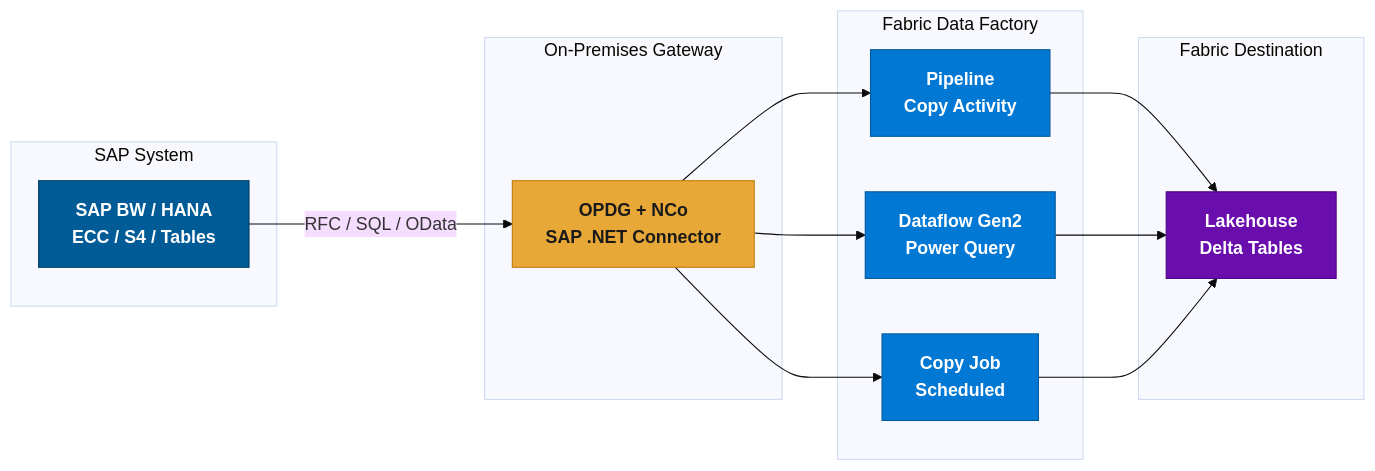
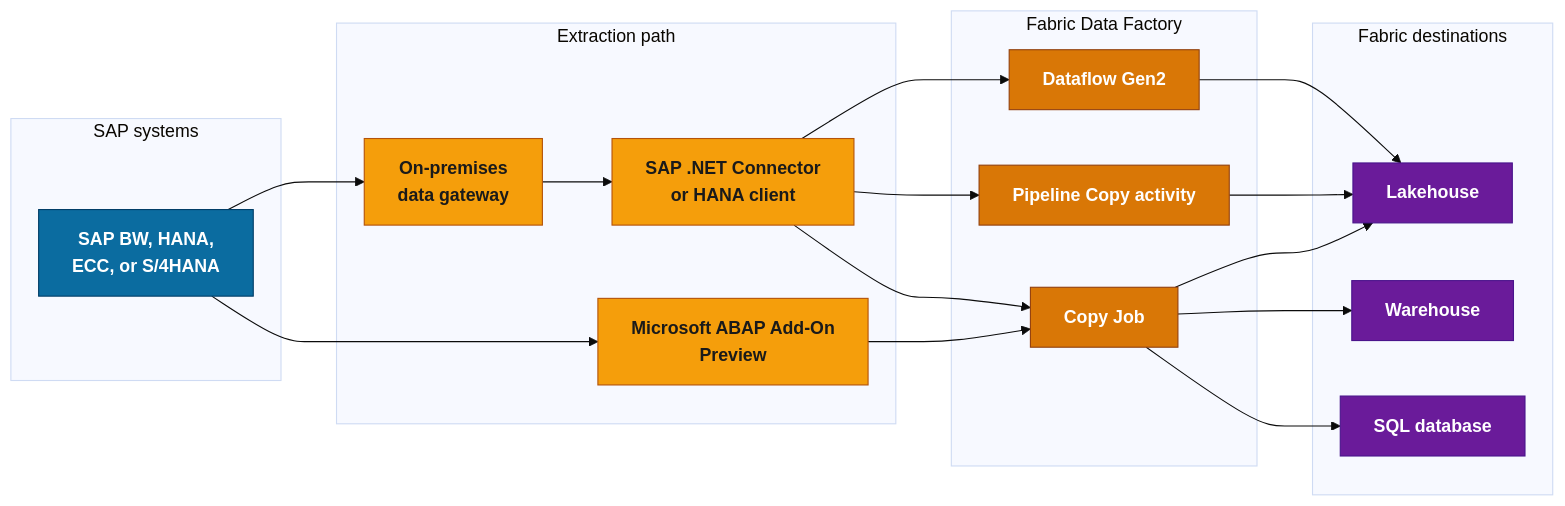
One commit to fredgis/fabric-foundry-kb changed the second of 10 diagrams in markdown/SAP_Fabric_Connectivity.md. Above: the diagram before and after it, drawn with Mermaid (base theme). The commit also changed other lines of this file and 6 other files, not shown here.

Commit message:
Audit and refresh SAP Fabric connectivity guide

````diff
--- a/markdown/SAP_Fabric_Connectivity.md
+++ b/markdown/SAP_Fabric_Connectivity.md
@@ -99,35 +161,45 @@
 ```mermaid
-graph LR
-    subgraph SAP["SAP System"]
-        A[SAP BW / HANA<br/>ECC / S4 / Tables]
-    end
-    subgraph GW["On-Premises Gateway"]
-        B[OPDG + NCo<br/>SAP .NET Connector]
-    end
-    subgraph DF["Fabric Data Factory"]
-        C[Pipeline<br/>Copy Activity]
-        D[Dataflow Gen2<br/>Power Query]
-        E[Copy Job<br/>Scheduled]
-    end
-    subgraph Dest["Fabric Destination"]
-        F[Lakehouse<br/>Delta Tables]
+flowchart LR
+    subgraph SAP["SAP systems"]
+        A["SAP BW, HANA,<br/>ECC, or S/4HANA"]
     end
 
-    A -->|RFC / SQL / OData| B
-    B --> C
-    B --> D
-    B --> E
-    C --> F
-    D --> F
-    E --> F
+    subgraph Access["Extraction path"]
+        OPDG["On-premises<br/>data gateway"]
+        NCO["SAP .NET Connector<br/>or HANA client"]
+        ADDON["Microsoft ABAP Add-On<br/>Preview"]
+    end
 
-    classDef sapStyle fill:#005B97,stroke:#003D66,color:#ffffff,font-weight:bold
-    classDef gwStyle fill:#E8A838,stroke:#C07C10,color:#1a1a1a,font-weight:bold
-    classDef dfStyle fill:#0078D4,stroke:#005A9E,color:#ffffff,font-weight:bold
-    classDef destStyle fill:#6A0DAD,stroke:#4A0080,color:#ffffff,font-weight:bold
+    subgraph DF["Fabric Data Factory"]
+        DFG2["Dataflow Gen2"]
+        PIPE["Pipeline Copy activity"]
+        CJ["Copy Job"]
+    end
 
-    class A sapStyle
-    class B gwStyle
-    class C,D,E dfStyle
-    class F destStyle
+    subgraph Dest["Fabric destinations"]
+        LH["Lakehouse"]
+        WH["Warehouse"]
+        SQL["SQL database"]
+    end
+
+    A --> OPDG
+    OPDG --> NCO --> DFG2
+    NCO --> PIPE
+    NCO --> CJ
+    A --> ADDON --> CJ
+    DFG2 --> LH
+    PIPE --> LH
+    CJ --> LH
+    CJ --> WH
+    CJ --> SQL
+
+    classDef sap fill:#0B6CA0,stroke:#003D66,color:#ffffff,font-weight:bold
+    classDef access fill:#F59E0B,stroke:#B45309,color:#1a1a1a,font-weight:bold
+    classDef fabric fill:#D97706,stroke:#92400E,color:#ffffff,font-weight:bold
+    classDef dest fill:#6A1B9A,stroke:#4A148C,color:#ffffff,font-weight:bold
+
+    class A sap
+    class OPDG,NCO,ADDON access
+    class DFG2,PIPE,CJ fabric
+    class LH,WH,SQL dest
 ```
````
